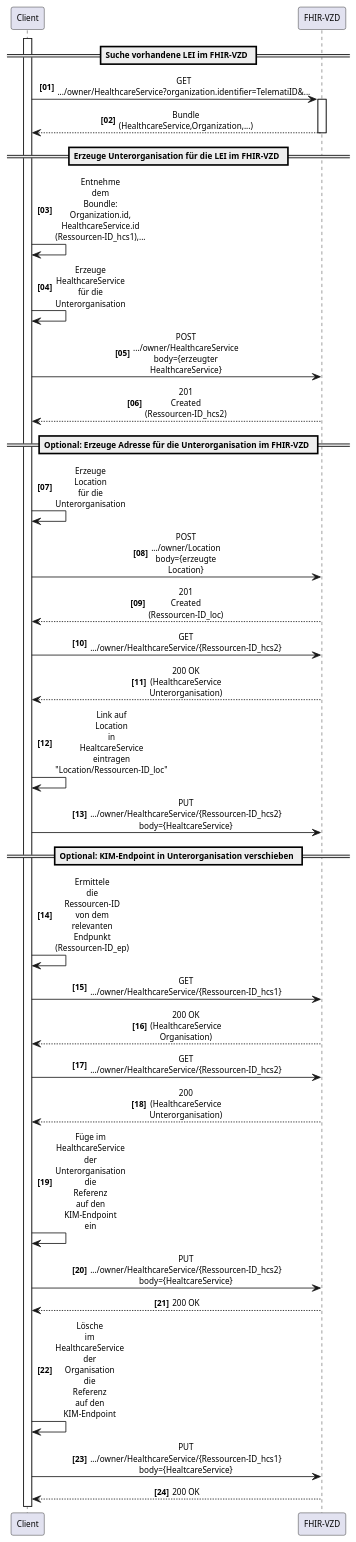
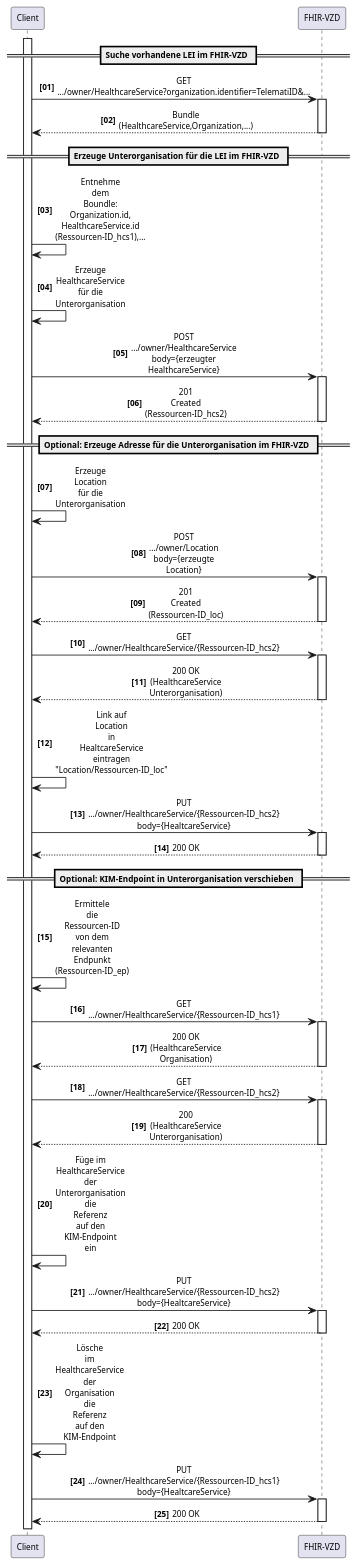
Before and after one commit to gematik/api-vzd: the diagram in src/plantuml/SequenceDiagram.FHIR_AF_10474_orgAdmin.puml, drawn with PlantUML.

```diff
--- a/src/plantuml/SequenceDiagram.FHIR_AF_10474_orgAdmin.puml
+++ b/src/plantuml/SequenceDiagram.FHIR_AF_10474_orgAdmin.puml
@@ -1,60 +1,77 @@
 @startuml
 
 skinparam dpi 120
 skinparam defaultFontSize 10
 skinparam ParticipantFontSize 10
 skinparam ActorFontSize 10
 skinparam MessageFontSize 9
 skinparam NoteFontSize 8
 
 skinparam BoxPadding 4
 skinparam sequenceMessageAlign center
 skinparam WrapWidth 150
 skinparam maxMessageSize 42
 autonumber "<b>[00]"
 
 participant cl as "Client"
 participant fhir as "FHIR-VZD"
 
 == Suche vorhandene LEI im FHIR-VZD ==
 
 activate cl
 cl -> fhir: GET .../owner/HealthcareService?organization.identifier=TelematiID&...
 activate fhir
 fhir --> cl: Bundle (HealthcareService,Organization,...)
 deactivate fhir
 
 == Erzeuge Unterorganisation für die LEI im FHIR-VZD ==
 cl -> cl: Entnehme dem Boundle: Organization.id, HealthcareService.id (Ressourcen-ID_hcs1),...
 cl -> cl: Erzeuge HealthcareService für die Unterorganisation 
 cl -> fhir: POST .../owner/HealthcareService body={erzeugter HealthcareService}
+activate fhir
 fhir --> cl: 201 Created (Ressourcen-ID_hcs2)
+deactivate fhir
 
 == Optional: Erzeuge Adresse für die Unterorganisation im FHIR-VZD ==
 cl -> cl: Erzeuge Location für die Unterorganisation
 cl -> fhir: POST .../owner/Location body={erzeugte Location}
+activate fhir
 fhir --> cl: 201 Created (Ressourcen-ID_loc) 
+deactivate fhir
 
 cl -> fhir: GET .../owner/HealthcareService/{Ressourcen-ID_hcs2}
+activate fhir
 fhir --> cl: 200 OK (HealthcareService Unterorganisation)
+deactivate fhir
 cl -> cl: Link auf Location in HealtcareService eintragen "Location/Ressourcen-ID_loc"
 cl -> fhir: PUT .../owner/HealthcareService/{Ressourcen-ID_hcs2} body={HealtcareService}
-
+activate fhir
+fhir --> cl: 200 OK 
+deactivate fhir
 
 == Optional: KIM-Endpoint in Unterorganisation verschieben ==
 cl -> cl: Ermittele die Ressourcen-ID von dem relevanten Endpunkt (Ressourcen-ID_ep)
 
 cl -> fhir: GET .../owner/HealthcareService/{Ressourcen-ID_hcs1}
+activate fhir
 fhir --> cl: 200 OK (HealthcareService Organisation)
+deactivate fhir
 cl -> fhir: GET .../owner/HealthcareService/{Ressourcen-ID_hcs2}
+activate fhir
 fhir --> cl: 200 (HealthcareService Unterorganisation)
+deactivate fhir
 
 cl -> cl: Füge im HealthcareService der Unterorganisation die Referenz auf den KIM-Endpoint ein
 cl -> fhir: PUT .../owner/HealthcareService/{Ressourcen-ID_hcs2} body={HealtcareService}
+activate fhir
 fhir --> cl: 200 OK
+deactivate fhir
 
 cl -> cl: Lösche im HealthcareService der Organisation die Referenz auf den KIM-Endpoint
 cl -> fhir: PUT .../owner/HealthcareService/{Ressourcen-ID_hcs1} body={HealtcareService}
+
+activate fhir
 fhir --> cl: 200 OK
+deactivate fhir
 
 @enduml
```
